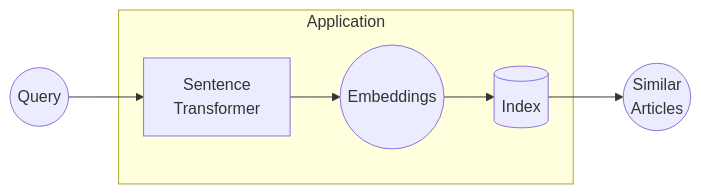
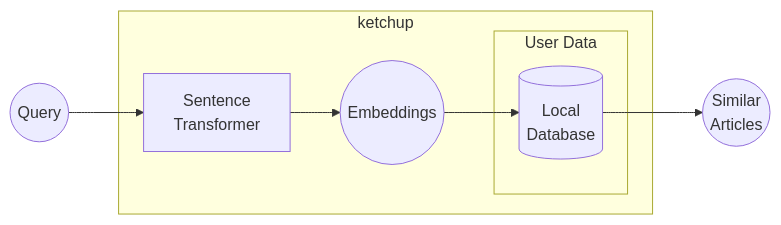
Before and after one commit to hnthap/ketchup: the diagram in README.md, drawn with Mermaid. The commit also changed other lines of this file and 10 other files, not shown here.

````diff
--- a/README.md
+++ b/README.md
@@ -50,17 +67,22 @@
 ```mermaid
 flowchart LR;
     i((Query))
     o((Similar
     Articles))
 
     i --> t
-    t --> e --> d
+    t --> e 
+    e --> d
     d --> o
 
-subgraph Application
-    e((Embeddings))
-    d[(Index)]
+subgraph ketchup
     t[Sentence
     Transformer]
+    e((Embeddings))
+    
+    subgraph User Data
+        d[(Local
+        Database)]
+    end
 end
 ```
````
